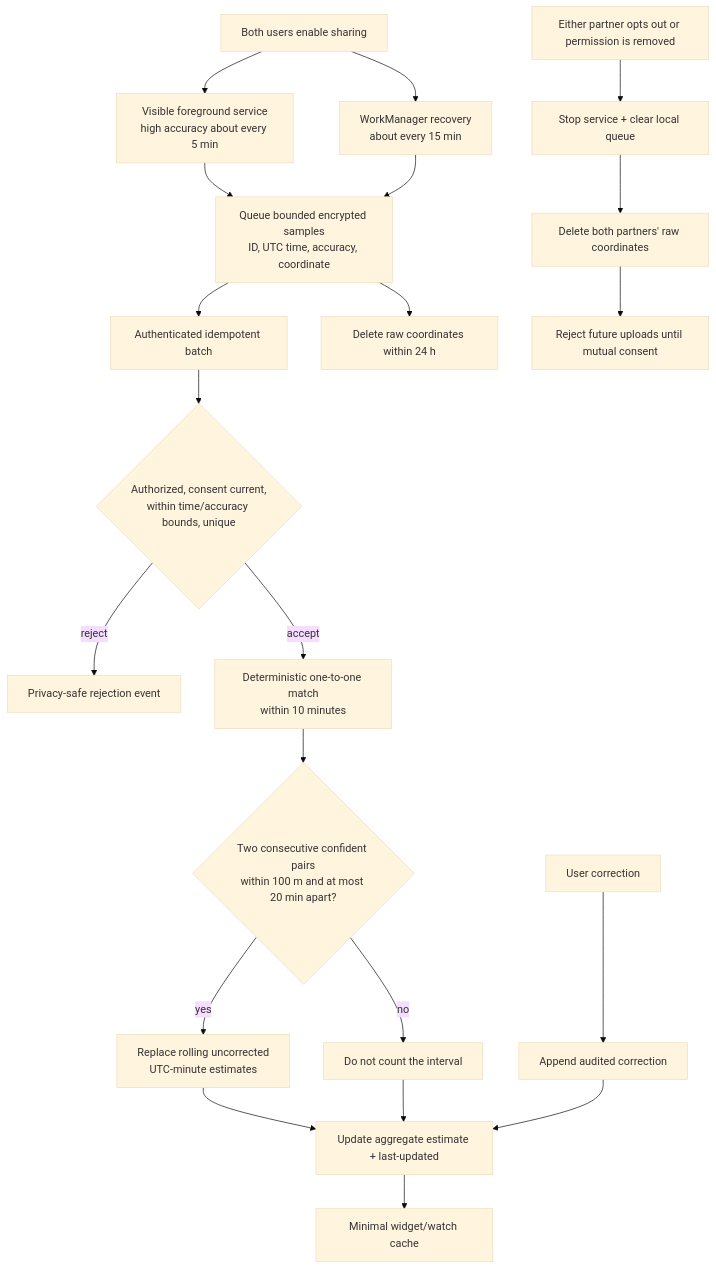
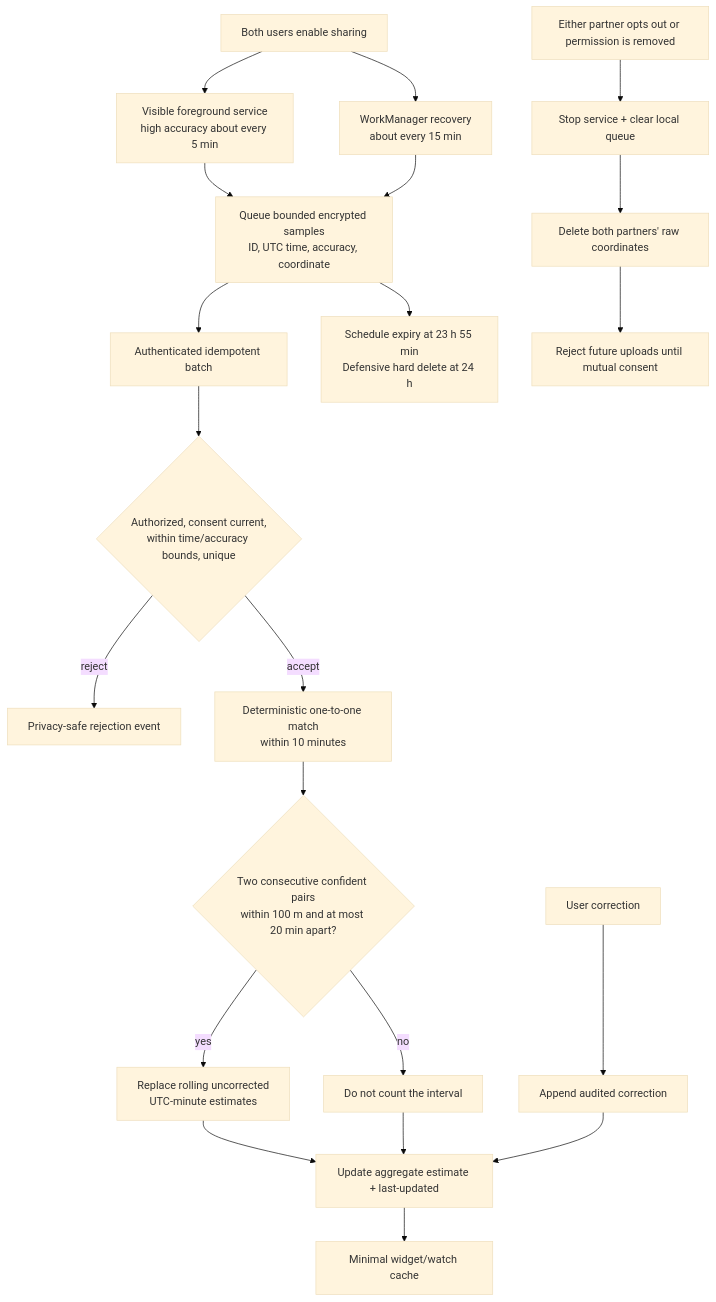
Before and after one commit to Captainpax/littleorbit: diagram 11 of 20 in docs/NETWORK-FLOW.md, drawn with Mermaid (base theme). The commit also changed other lines of this file and 341 other files, not shown here.

````diff
--- a/docs/NETWORK-FLOW.md
+++ b/docs/NETWORK-FLOW.md
@@ -251,23 +295,23 @@
 ```mermaid
 flowchart TD
     Consent[Both users enable sharing] --> FGS[Visible foreground service<br/>high accuracy about every 5 min]
     Consent --> Fallback[WorkManager recovery<br/>about every 15 min]
     FGS --> Samples[Queue bounded encrypted samples<br/>ID, UTC time, accuracy, coordinate]
     Fallback --> Samples
     Samples --> Upload[Authenticated idempotent batch]
     Upload --> Checks{Authorized, consent current,<br/>within time/accuracy bounds, unique}
     Checks -->|reject| Audit[Privacy-safe rejection event]
     Checks -->|accept| Match[Deterministic one-to-one match<br/>within 10 minutes]
     Match --> Threshold{Two consecutive confident pairs<br/>within 100 m and at most 20 min apart?}
     Threshold -->|yes| Bucket[Replace rolling uncorrected<br/>UTC-minute estimates]
     Threshold -->|no| Skip[Do not count the interval]
     Bucket --> Estimate[Update aggregate estimate + last-updated]
     Skip --> Estimate
     Estimate --> Cache[Minimal widget/watch cache]
-    Samples --> Expiry[Delete raw coordinates within 24 h]
+    Samples --> Expiry[Schedule expiry at 23 h 55 min<br/>Defensive hard delete at 24 h]
     OptOut[Either partner opts out or permission is removed] --> StopLocal[Stop service + clear local queue]
     StopLocal --> Delete[Delete both partners' raw coordinates]
     Delete --> Stop[Reject future uploads until mutual consent]
     Correction[User correction] --> CorrectionAudit[Append audited correction]
     CorrectionAudit --> Estimate
 ```
````
